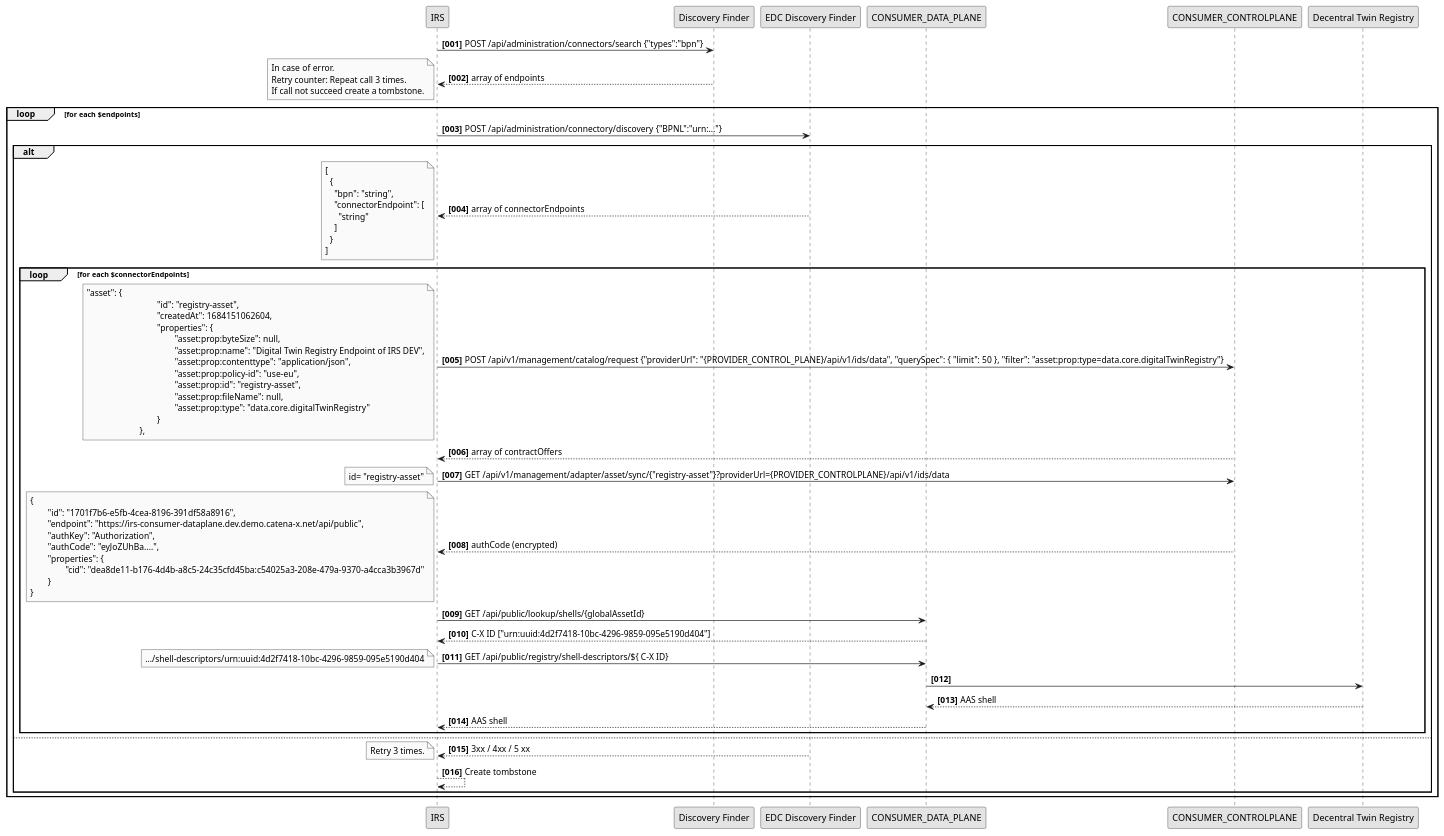
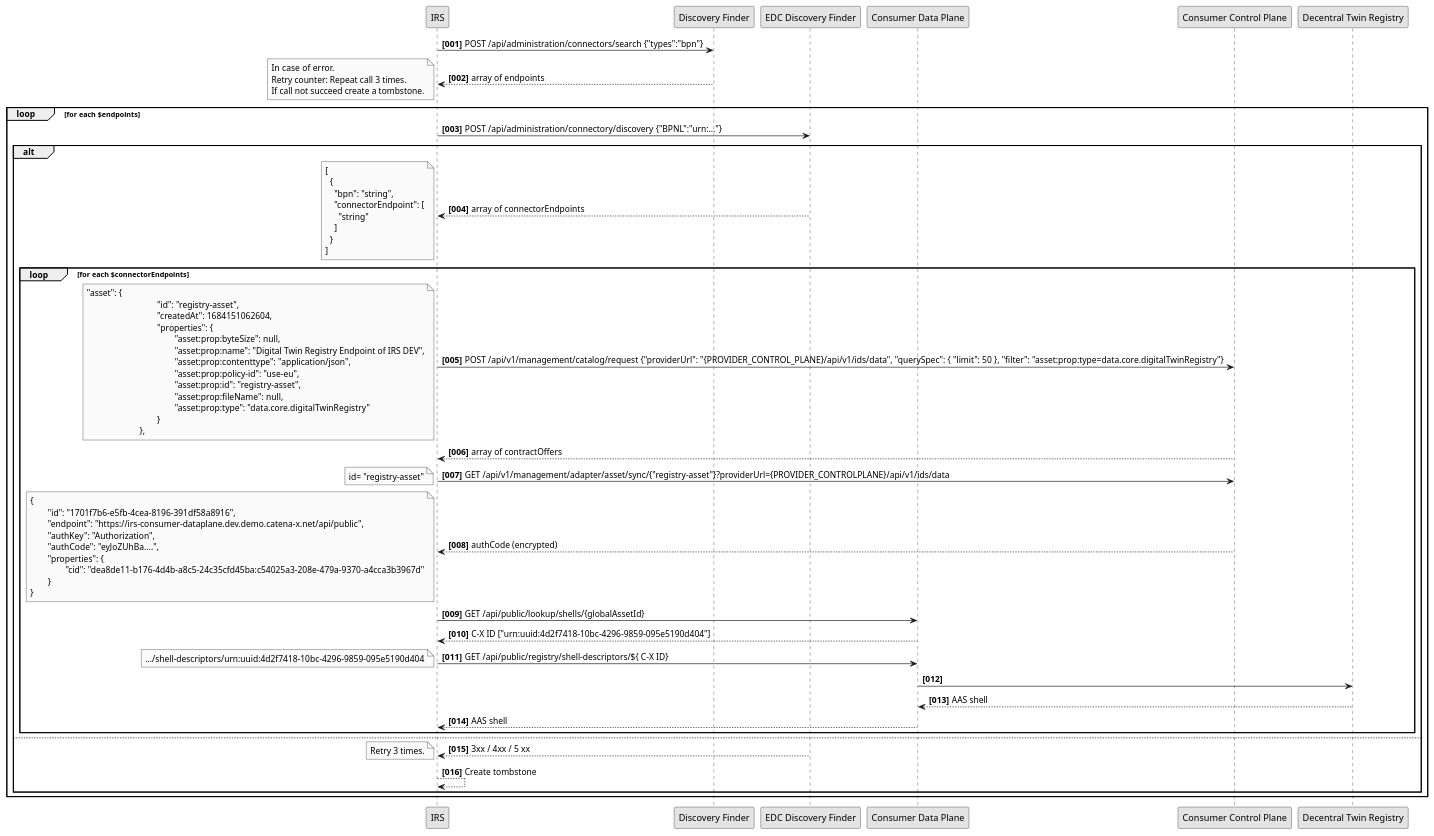
Before and after one commit to eclipse-tractusx/item-relationship-service: the diagram in uml-diagrams/decentral-twin-registry/decentral-digital-registry.puml, drawn with PlantUML.

Commit message:
chore(uml):[TRI-1241] some small changes

```diff
--- a/uml-diagrams/decentral-twin-registry/decentral-digital-registry.puml
+++ b/uml-diagrams/decentral-twin-registry/decentral-digital-registry.puml
@@ -1,98 +1,98 @@
 @startuml
 skinparam monochrome true
 skinparam shadowing false
 
 
 autonumber "<b>[000]"
 
 participant "IRS" as IRS
 participant "Discovery Finder" as DCF
 participant "EDC Discovery Finder" as EDCDF
-participant CONSUMER_DATA_PLANE
-participant CONSUMER_CONTROLPLANE
+participant "Consumer Data Plane" as CONSUMER_DATA_PLANE
+participant "Consumer Control Plane" as CONSUMER_CONTROLPLANE
 participant "Decentral Twin Registry" as DTR
 
 IRS -> DCF: POST /api/administration/connectors/search {"types":"bpn"}
 IRS <-- DCF: array of endpoints
 note left
     In case of error.
     Retry counter: Repeat call 3 times.
     If call not succeed create a tombstone.
 end note
 loop for each $endpoints
     IRS -> EDCDF : POST /api/administration/connectory/discovery {"BPNL":"urn:..."}
     alt
          IRS <-- EDCDF : array of connectorEndpoints
          note left
                  [
                    {
                      "bpn": "string",
                      "connectorEndpoint": [
                        "string"
                      ]
                    }
                  ]
          end note
          loop for each $connectorEndpoints
              IRS -> CONSUMER_CONTROLPLANE: POST /api/v1/management/catalog/request {"providerUrl": "{PROVIDER_CONTROL_PLANE}/api/v1/ids/data", "querySpec": { "limit": 50 }, "filter": "asset:prop:type=data.core.digitalTwinRegistry"}
              note left
                 "asset": {
                 				"id": "registry-asset",
                 				"createdAt": 1684151062604,
                 				"properties": {
                 					"asset:prop:byteSize": null,
                 					"asset:prop:name": "Digital Twin Registry Endpoint of IRS DEV",
                 					"asset:prop:contenttype": "application/json",
                 					"asset:prop:policy-id": "use-eu",
                 					"asset:prop:id": "registry-asset",
                 					"asset:prop:fileName": null,
                 					"asset:prop:type": "data.core.digitalTwinRegistry"
                 				}
                 			},
              end note
              IRS <-- CONSUMER_CONTROLPLANE: array of contractOffers
 
              IRS -> CONSUMER_CONTROLPLANE: GET /api/v1/management/adapter/asset/sync/{"registry-asset"}?providerUrl={PROVIDER_CONTROLPLANE}/api/v1/ids/data
              note left
                 id= "registry-asset"
              end note
              IRS <-- CONSUMER_CONTROLPLANE: authCode (encrypted)
              note left
                  {
                  	"id": "1701f7b6-e5fb-4cea-8196-391df58a8916",
                  	"endpoint": "https://irs-consumer-dataplane.dev.demo.catena-x.net/api/public",
                  	"authKey": "Authorization",
                  	"authCode": "eyJoZUhBa....",
                  	"properties": {
                  		"cid": "dea8de11-b176-4d4b-a8c5-24c35cfd45ba:c54025a3-208e-479a-9370-a4cca3b3967d"
                  	}
                  }
              end note
              IRS -> CONSUMER_DATA_PLANE: GET /api/public/lookup/shells/{globalAssetId}
              IRS <-- CONSUMER_DATA_PLANE: C-X ID ["urn:uuid:4d2f7418-10bc-4296-9859-095e5190d404"]
 
              IRS -> CONSUMER_DATA_PLANE : GET /api/public/registry/shell-descriptors/${ C-X ID}
              note left
                   .../shell-descriptors/urn:uuid:4d2f7418-10bc-4296-9859-095e5190d404
              end note
              CONSUMER_DATA_PLANE -> DTR
              CONSUMER_DATA_PLANE <-- DTR: AAS shell
              IRS <-- CONSUMER_DATA_PLANE: AAS shell
          end loop
     else
           IRS <-- EDCDF : 3xx / 4xx / 5 xx
           note left
                 Retry 3 times.
           end note
           IRS --> IRS : Create tombstone
     end alt
 
 
 end loop
 
 
 
 
 
 
 @enduml
```
